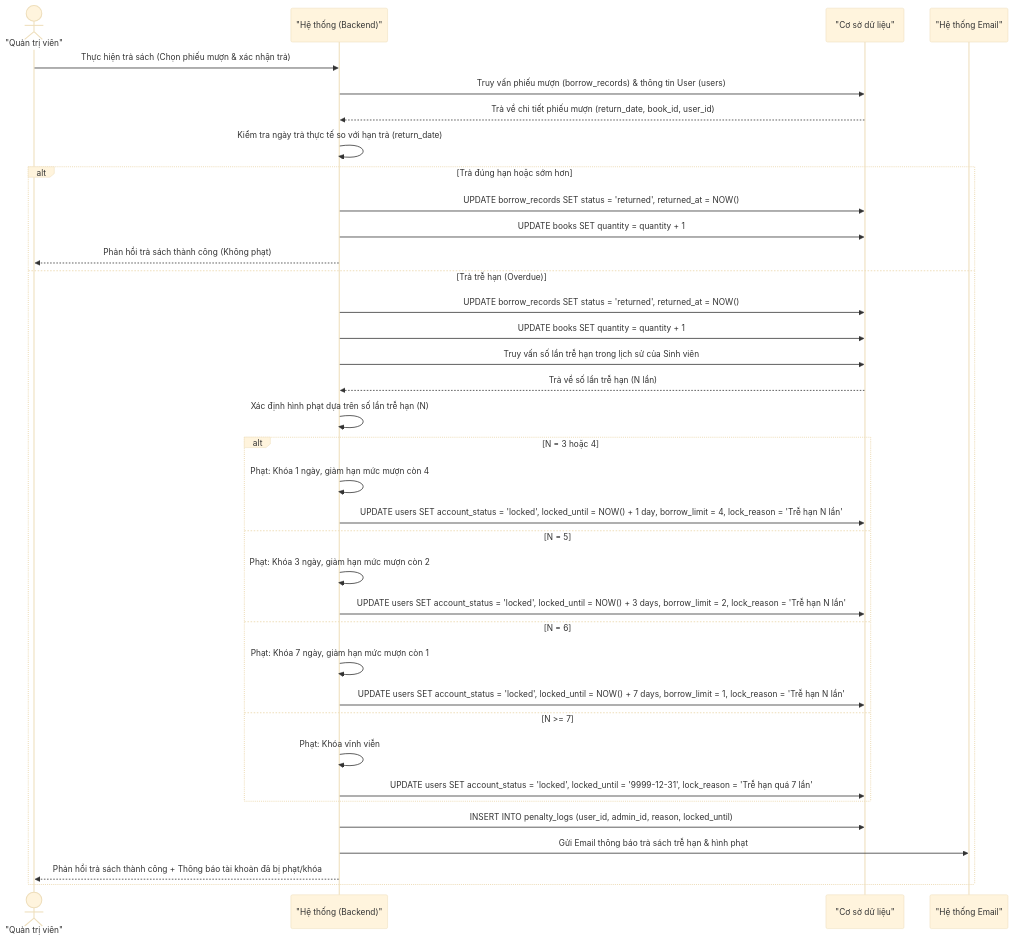
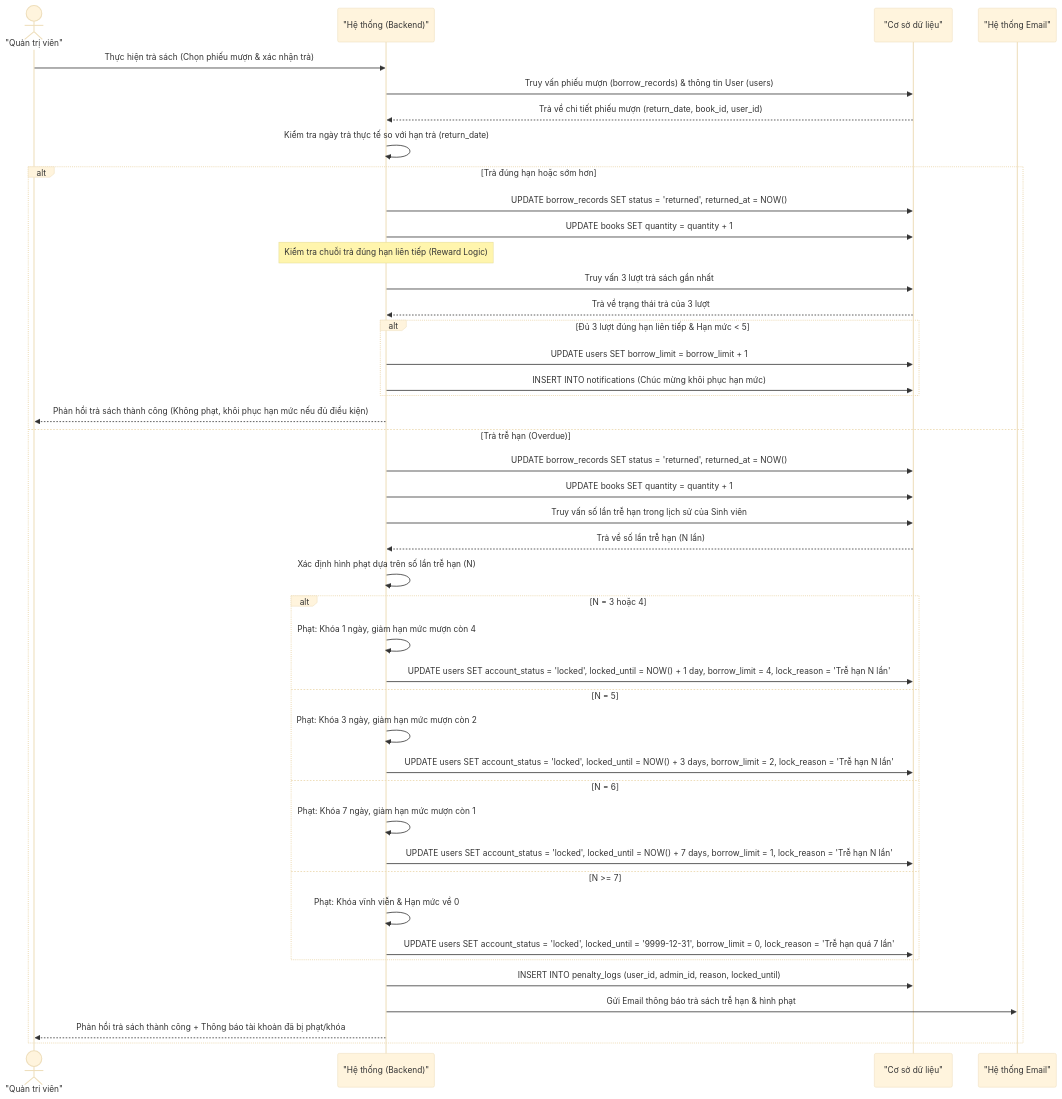
Before and after one commit to hiennguyenkim/laminas-app: the sixth of 16 diagrams in Preview SRS.md, drawn with Mermaid (base theme). The commit also changed other lines of this file, not shown here.

Commit message:
docs: update SRS with borrow limit reward logic and lock sync rules

````diff
--- a/Preview SRS.md
+++ b/Preview SRS.md
@@ -312,44 +313,53 @@
 ```mermaid
 sequenceDiagram
     actor Admin as "Quản trị viên"
     participant Server as "Hệ thống (Backend)"
     participant DB as "Cơ sở dữ liệu"
     participant Mail as "Hệ thống Email"
 
     Admin->>Server: Thực hiện trả sách (Chọn phiếu mượn & xác nhận trả)
     Server->>DB: Truy vấn phiếu mượn (borrow_records) & thông tin User (users)
     DB-->>Server: Trả về chi tiết phiếu mượn (return_date, book_id, user_id)
     
     Server->>Server: Kiểm tra ngày trả thực tế so với hạn trả (return_date)
     
     alt Trả đúng hạn hoặc sớm hơn
         Server->>DB: UPDATE borrow_records SET status = 'returned', returned_at = NOW()
         Server->>DB: UPDATE books SET quantity = quantity + 1
-        Server-->>Admin: Phản hồi trả sách thành công (Không phạt)
+        
+        Note over Server: Kiểm tra chuỗi trả đúng hạn liên tiếp (Reward Logic)
+        Server->>DB: Truy vấn 3 lượt trả sách gần nhất
+        DB-->>Server: Trả về trạng thái trả của 3 lượt
+        alt Đủ 3 lượt đúng hạn liên tiếp & Hạn mức < 5
+            Server->>DB: UPDATE users SET borrow_limit = borrow_limit + 1
+            Server->>DB: INSERT INTO notifications (Chúc mừng khôi phục hạn mức)
+        end
+        
+        Server-->>Admin: Phản hồi trả sách thành công (Không phạt, khôi phục hạn mức nếu đủ điều kiện)
     else Trả trễ hạn (Overdue)
         Server->>DB: UPDATE borrow_records SET status = 'returned', returned_at = NOW()
         Server->>DB: UPDATE books SET quantity = quantity + 1
         
         Server->>DB: Truy vấn số lần trễ hạn trong lịch sử của Sinh viên
         DB-->>Server: Trả về số lần trễ hạn (N lần)
         
         Server->>Server: Xác định hình phạt dựa trên số lần trễ hạn (N)
         alt N = 3 hoặc 4
             Server->>Server: Phạt: Khóa 1 ngày, giảm hạn mức mượn còn 4
             Server->>DB: UPDATE users SET account_status = 'locked', locked_until = NOW() + 1 day, borrow_limit = 4, lock_reason = 'Trễ hạn N lần'
         else N = 5
             Server->>Server: Phạt: Khóa 3 ngày, giảm hạn mức mượn còn 2
             Server->>DB: UPDATE users SET account_status = 'locked', locked_until = NOW() + 3 days, borrow_limit = 2, lock_reason = 'Trễ hạn N lần'
         else N = 6
             Server->>Server: Phạt: Khóa 7 ngày, giảm hạn mức mượn còn 1
             Server->>DB: UPDATE users SET account_status = 'locked', locked_until = NOW() + 7 days, borrow_limit = 1, lock_reason = 'Trễ hạn N lần'
         else N >= 7
-            Server->>Server: Phạt: Khóa vĩnh viễn
-            Server->>DB: UPDATE users SET account_status = 'locked', locked_until = '9999-12-31', lock_reason = 'Trễ hạn quá 7 lần'
+            Server->>Server: Phạt: Khóa vĩnh viễn & Hạn mức về 0
+            Server->>DB: UPDATE users SET account_status = 'locked', locked_until = '9999-12-31', borrow_limit = 0, lock_reason = 'Trễ hạn quá 7 lần'
         end
         
         Server->>DB: INSERT INTO penalty_logs (user_id, admin_id, reason, locked_until)
         Server->>Mail: Gửi Email thông báo trả sách trễ hạn & hình phạt
         Server-->>Admin: Phản hồi trả sách thành công + Thông báo tài khoản đã bị phạt/khóa
     end
 ```
````
